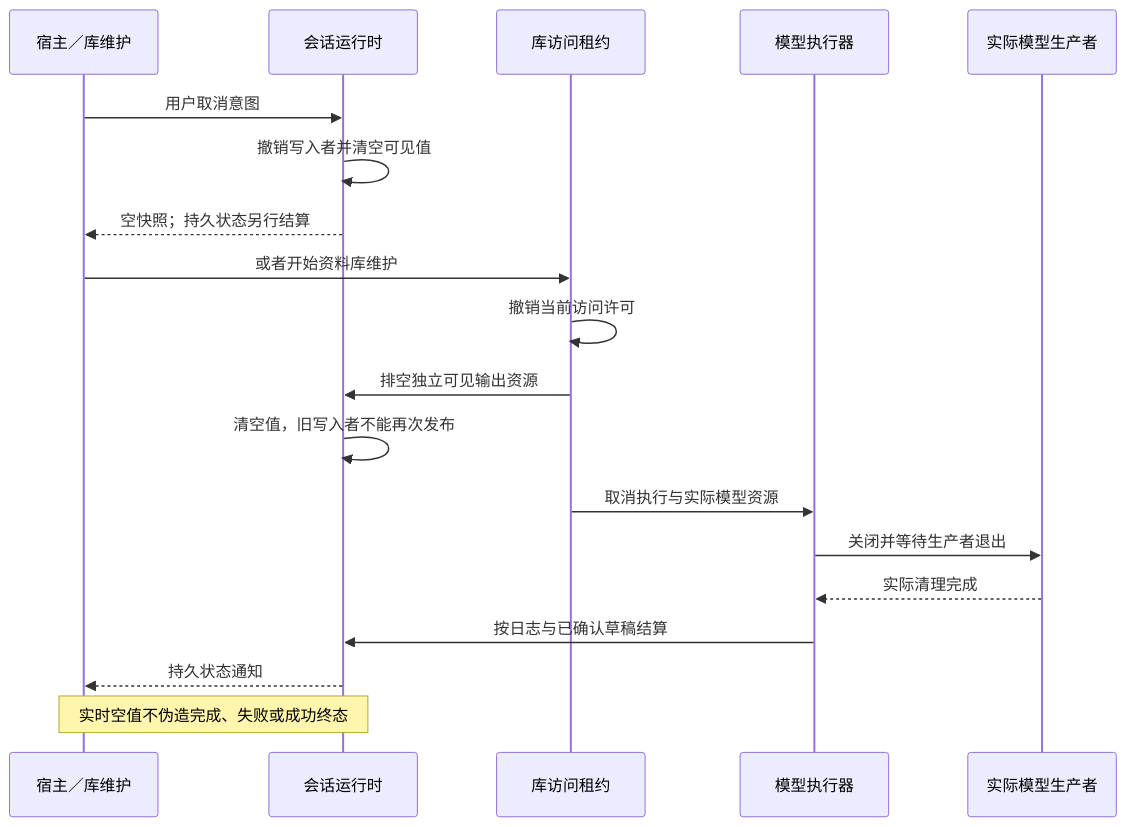
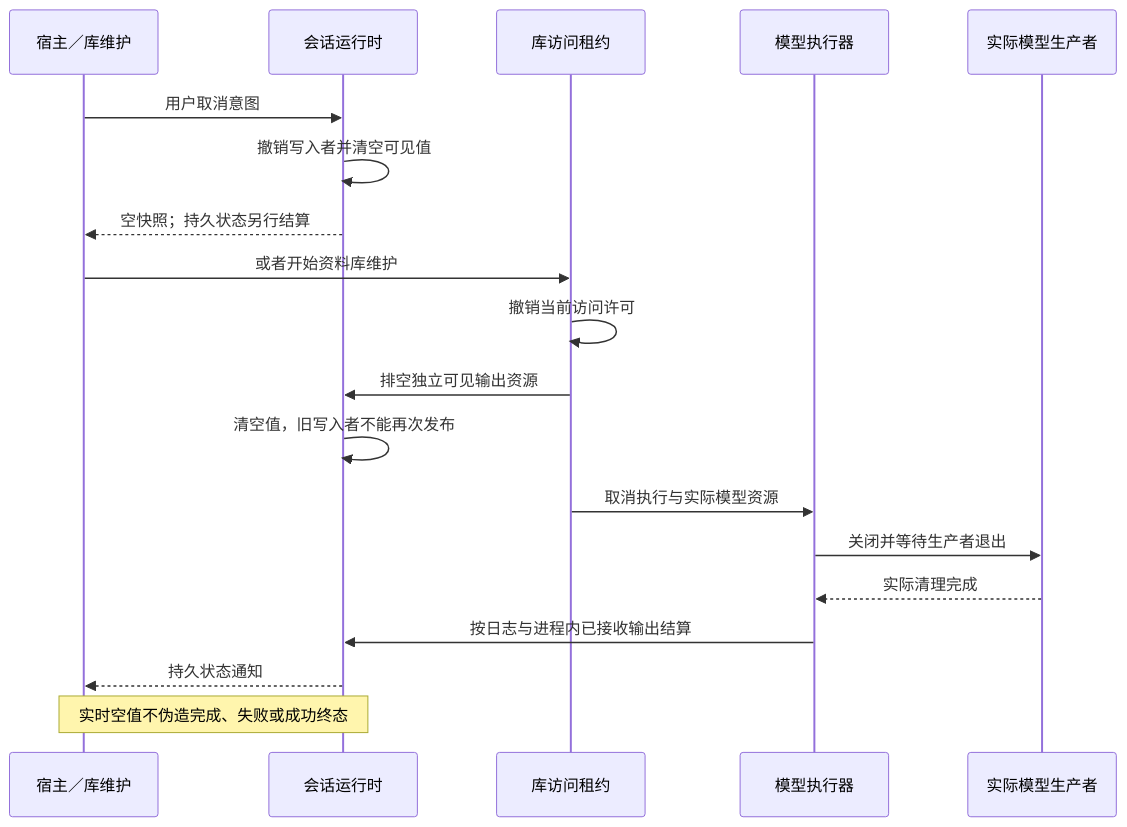
One commit to alwynou/mira changed the second of 2 diagrams in docs/architecture/AGENT_LIVE_OUTPUT.md. Above: the diagram before and after it, drawn with Mermaid. The commit also changed other lines of this file and 290 other files, not shown here.

````diff
--- a/docs/architecture/AGENT_LIVE_OUTPUT.md
+++ b/docs/architecture/AGENT_LIVE_OUTPUT.md
@@ -54,21 +52,21 @@
 ```mermaid
 sequenceDiagram
     participant Host as 宿主／库维护
     participant Runtime as 会话运行时
     participant Lease as 库访问租约
     participant Executor as 模型执行器
     participant Model as 实际模型生产者
     Host->>Runtime: 用户取消意图
     Runtime->>Runtime: 撤销写入者并清空可见值
     Runtime-->>Host: 空快照；持久状态另行结算
     Host->>Lease: 或者开始资料库维护
     Lease->>Lease: 撤销当前访问许可
     Lease->>Runtime: 排空独立可见输出资源
     Runtime->>Runtime: 清空值，旧写入者不能再次发布
     Lease->>Executor: 取消执行与实际模型资源
     Executor->>Model: 关闭并等待生产者退出
     Model-->>Executor: 实际清理完成
-    Executor->>Runtime: 按日志与已确认草稿结算
+    Executor->>Runtime: 按日志与进程内已接收输出结算
     Runtime-->>Host: 持久状态通知
     Note over Runtime,Host: 实时空值不伪造完成、失败或成功终态
 ```
````
